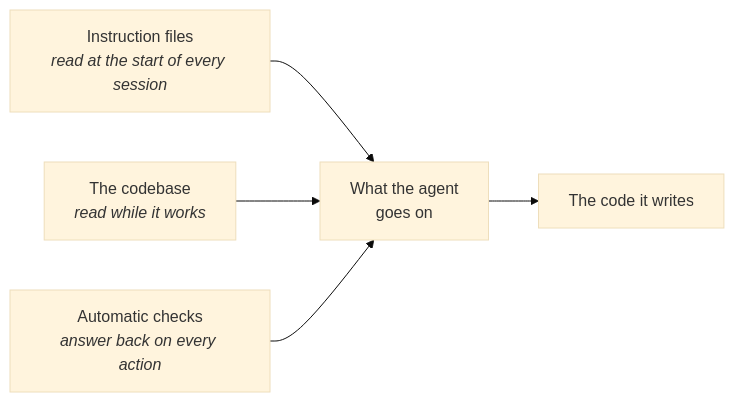
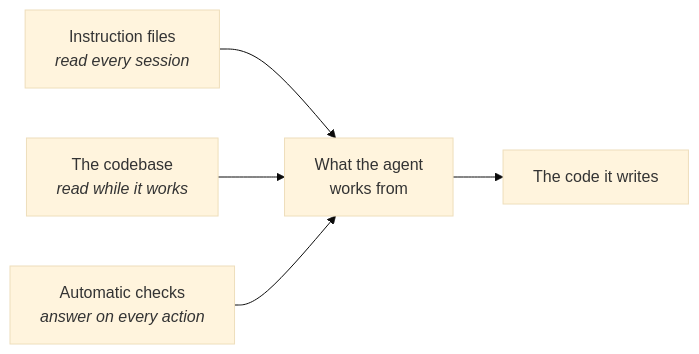
Before and after one commit to solution8-com/agentic-playbook: the diagram in modules/m2-what-the-agent-reads.md, drawn with Mermaid (base theme). The commit also changed other lines of this file and 12 other files, not shown here.

````diff
--- a/modules/m2-what-the-agent-reads.md
+++ b/modules/m2-what-the-agent-reads.md
@@ -38,7 +35,7 @@
 ```mermaid
 flowchart LR
-    I[Instruction files<br><i>read at the start of every session</i>] --> P[What the agent<br>goes on]
+    I[Instruction files<br><i>read every session</i>] --> P[What the agent<br>works from]
     C[The codebase<br><i>read while it works</i>] --> P
-    H[Automatic checks<br><i>answer back on every action</i>] --> P
+    H[Automatic checks<br><i>answer on every action</i>] --> P
     P --> O[The code it writes]
 ```
````
